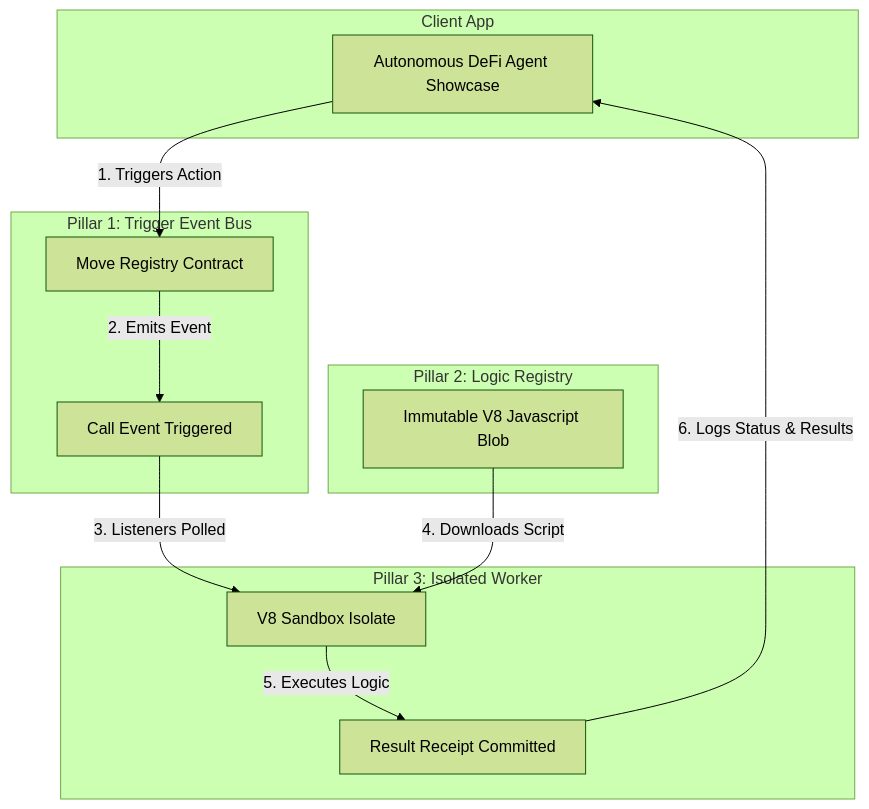
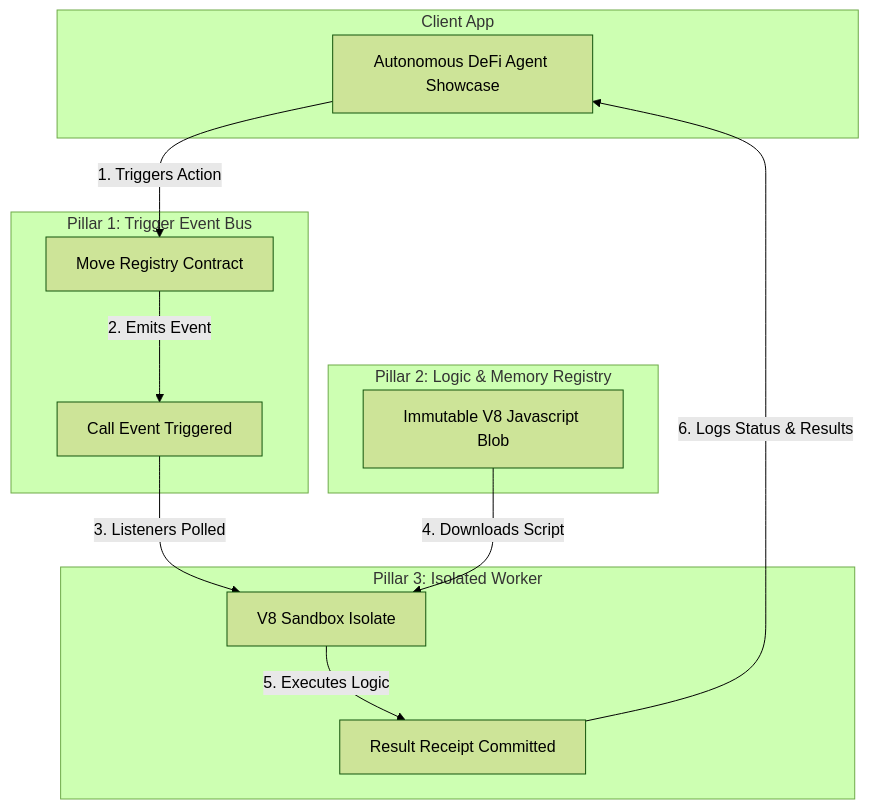
One commit to Kellie-Brighty/sui-functions changed the diagram in README.md. Above: the diagram before and after it, drawn with Mermaid (forest theme). The commit also changed other lines of this file and 1 other file, not shown here.

Commit message:
Update README and landing page to highlight AI agent memory & Walrus integration

````diff
--- a/README.md
+++ b/README.md
@@ -36,24 +36,24 @@
 ```mermaid
 graph TD
     subgraph Client App
         A[Autonomous DeFi Agent Showcase]
     end
     subgraph Sui Ledger [Pillar 1: Trigger Event Bus]
         B[Move Registry Contract]
         C[Call Event Triggered]
     end
-    subgraph Walrus Storage [Pillar 2: Logic Registry]
+    subgraph Walrus Storage [Pillar 2: Logic & Memory Registry]
         D[Immutable V8 Javascript Blob]
     end
     subgraph Runner Daemon [Pillar 3: Isolated Worker]
         E[V8 Sandbox Isolate]
         F[Result Receipt Committed]
     end
 
     A -->|1. Triggers Action| B
     B -->|2. Emits Event| C
     C -->|3. Listeners Polled| E
     D -->|4. Downloads Script| E
     E -->|5. Executes Logic| F
     F -->|6. Logs Status & Results| A
 ```
````
